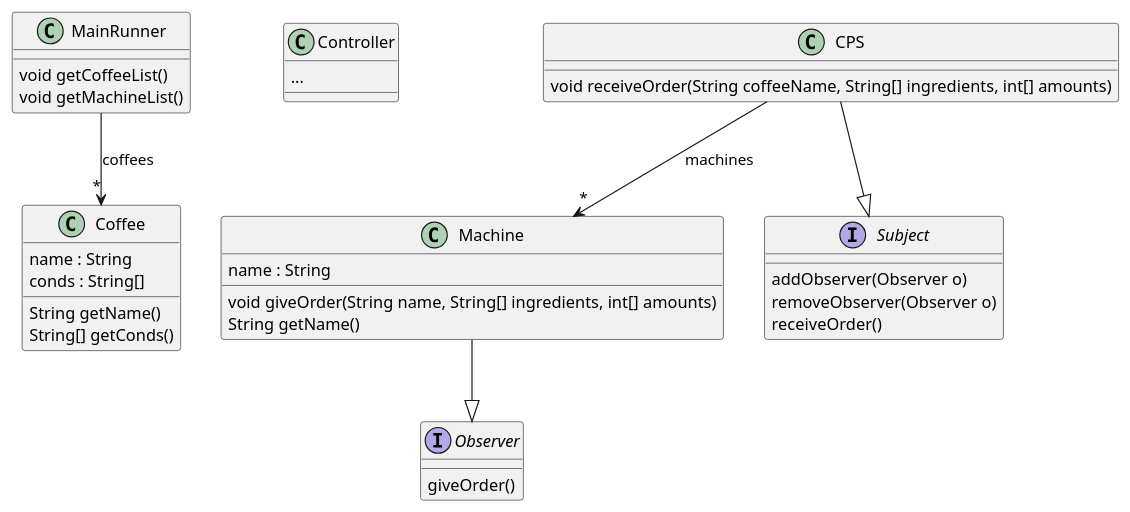
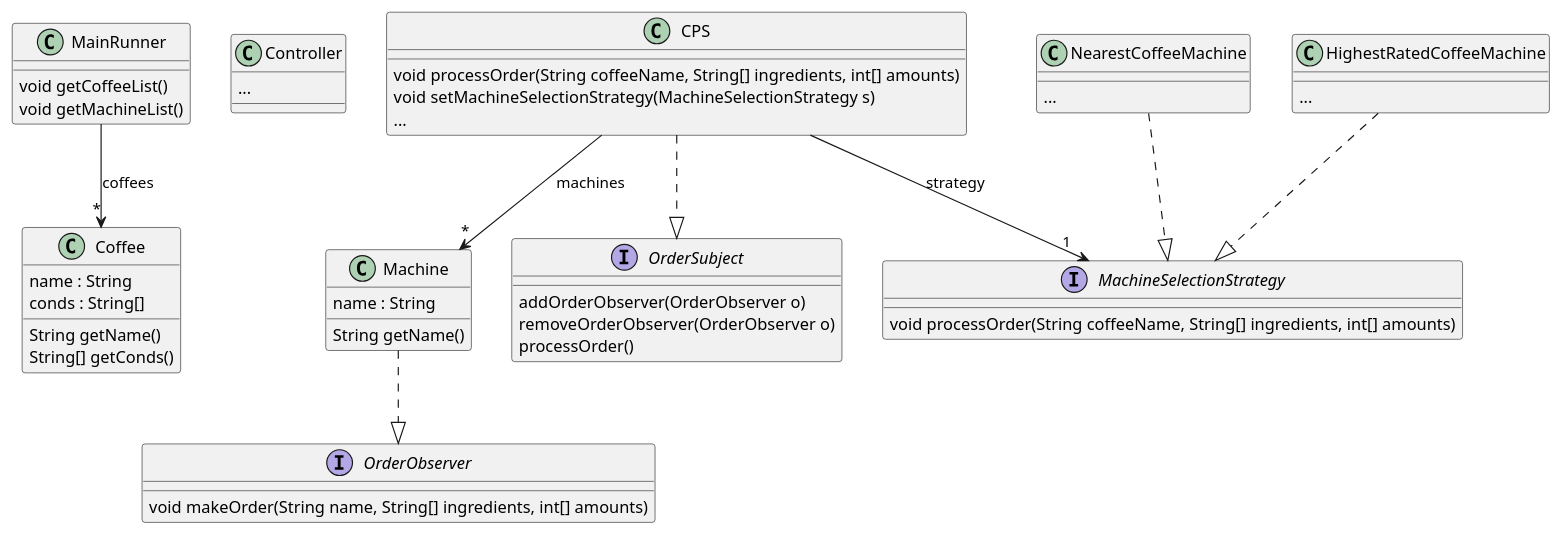
One commit to lukemcneil/csse374-project changed the diagram in DesignClassDiagram.plantuml. Above: the diagram before and after it, drawn with PlantUML.

Commit message:
update dcd

```diff
--- a/DesignClassDiagram.plantuml
+++ b/DesignClassDiagram.plantuml
@@ -1,43 +1,60 @@
 class Coffee {
 	{field} name : String
     {field} conds : String[]
     {method} String getName()
     {method} String[] getConds()
 }
 
 class Controller {
 	...
 }
 
 class CPS {
-	{method} void receiveOrder(String coffeeName, String[] ingredients, int[] amounts)
+	{method} void processOrder(String coffeeName, String[] ingredients, int[] amounts)
+	{method} void setMachineSelectionStrategy(MachineSelectionStrategy s)
+	{method} ...
 }
 
 CPS --> "*" Machine : machines
 
 class Machine {
 	{field} name : String
-    {method} void giveOrder(String name, String[] ingredients, int[] amounts)
 	{method} String getName()
 }
 
 class MainRunner {
 	{method} void getCoffeeList()
 	{method} void getMachineList()
 }
 
 MainRunner --> "*" Coffee : coffees
 
-interface Observer {
-	{method} giveOrder()
+interface OrderObserver {
+    {method} void makeOrder(String name, String[] ingredients, int[] amounts)
 }
 
-Machine --|> Observer
+Machine ..|> OrderObserver
 
-interface Subject {
-	{method} addObserver(Observer o)
-    {method} removeObserver(Observer o)
-    {method} receiveOrder()
+interface OrderSubject {
+	{method} addOrderObserver(OrderObserver o)
+    {method} removeOrderObserver(OrderObserver o)
+    {method} processOrder()
 }
 
-CPS --|> Subject
+CPS ..|> OrderSubject
+CPS --> "1" MachineSelectionStrategy : strategy
+
+interface MachineSelectionStrategy {
+	{method} void processOrder(String coffeeName, String[] ingredients, int[] amounts)
+}
+
+class NearestCoffeeMachine {
+	{method} ...
+}
+
+class HighestRatedCoffeeMachine {
+	{method} ...
+}
+
+NearestCoffeeMachine ..|> MachineSelectionStrategy
+HighestRatedCoffeeMachine ..|> MachineSelectionStrategy
```
